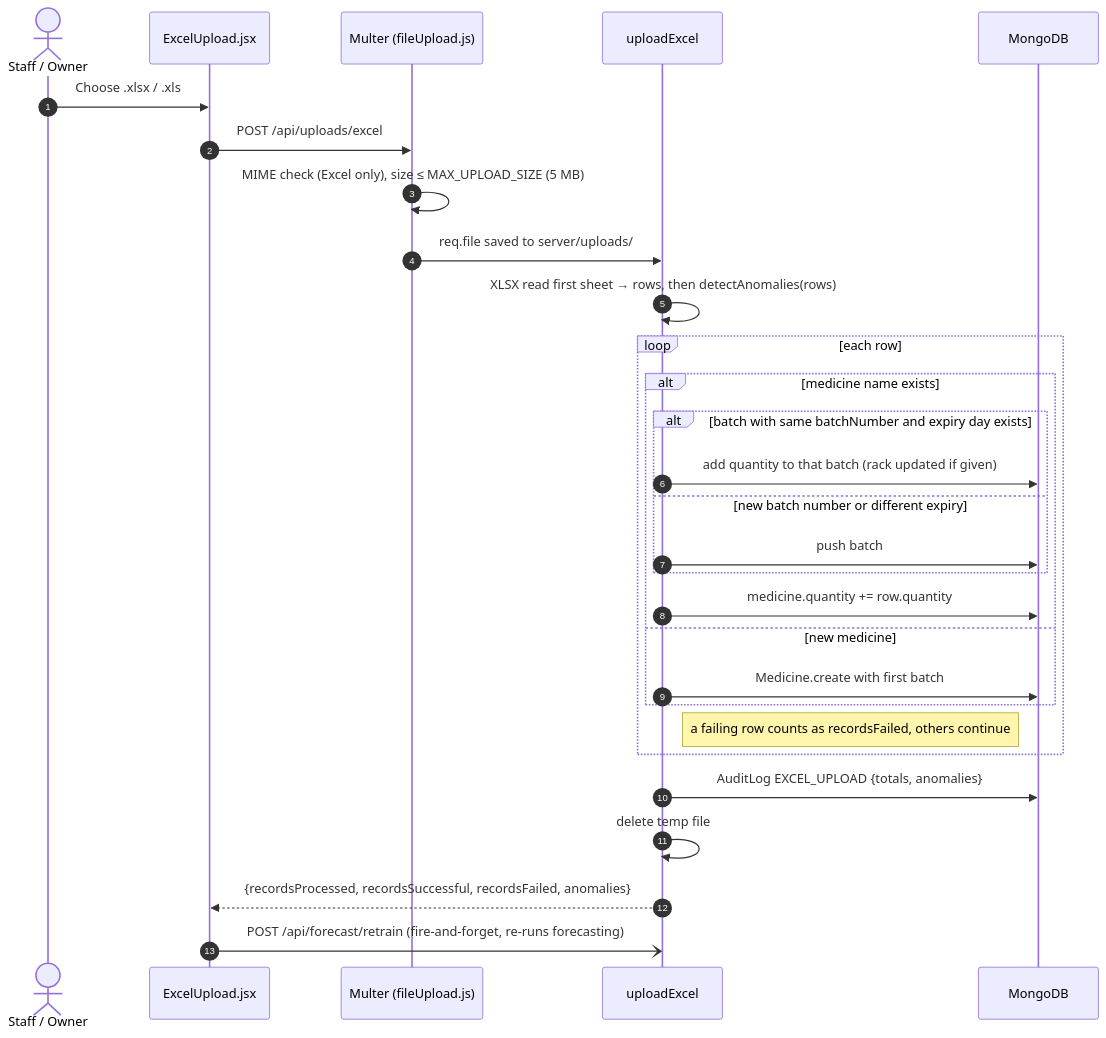
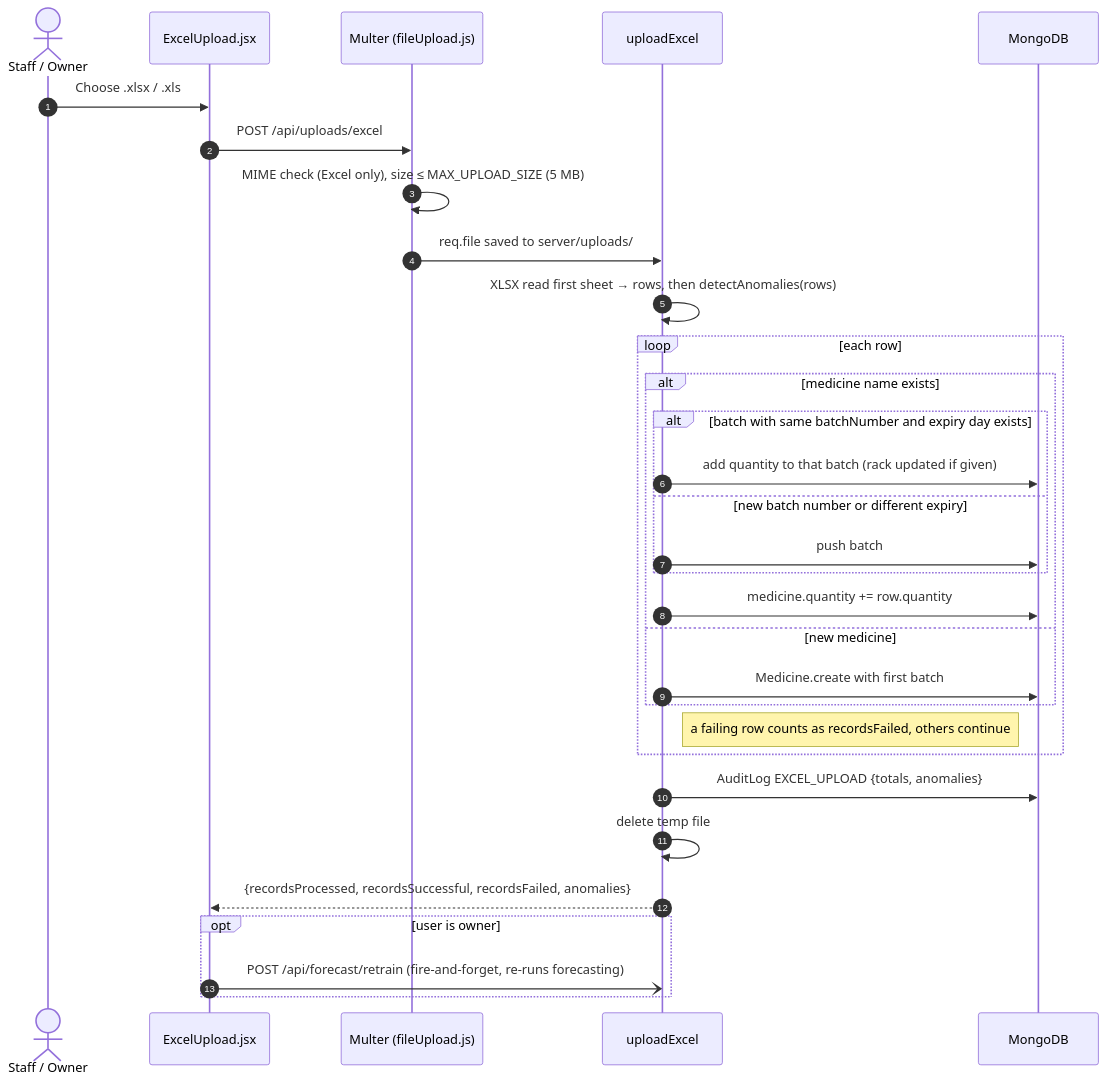
The fourth of 5 diagrams in docs/core-flows.md (USER1043/MediStock_AI), drawn with Mermaid before and after one commit. The commit also changed other lines of this file and 8 other files, not shown here.

First line of the commit message:
fix(forecast): make retrain owner-only and skip it for staff imports

````diff
--- a/docs/core-flows.md
+++ b/docs/core-flows.md
@@ -177,32 +177,34 @@
 ```mermaid
 sequenceDiagram
     autonumber
     actor S as Staff / Owner
     participant UI as ExcelUpload.jsx
     participant M as Multer (fileUpload.js)
     participant API as uploadExcel
     participant DB as MongoDB
 
     S->>UI: Choose .xlsx / .xls
     UI->>M: POST /api/uploads/excel
     M->>M: MIME check (Excel only), size ≤ MAX_UPLOAD_SIZE (5 MB)
     M->>API: req.file saved to server/uploads/
     API->>API: XLSX read first sheet → rows, then detectAnomalies(rows)
     loop each row
         alt medicine name exists
             alt batch with same batchNumber and expiry day exists
                 API->>DB: add quantity to that batch (rack updated if given)
             else new batch number or different expiry
                 API->>DB: push batch
             end
             API->>DB: medicine.quantity += row.quantity
         else new medicine
             API->>DB: Medicine.create with first batch
         end
         Note right of API: a failing row counts as recordsFailed, others continue
     end
     API->>DB: AuditLog EXCEL_UPLOAD {totals, anomalies}
     API->>API: delete temp file
     API-->>UI: {recordsProcessed, recordsSuccessful, recordsFailed, anomalies}
-    UI-)API: POST /api/forecast/retrain (fire-and-forget, re-runs forecasting)
+    opt user is owner
+        UI-)API: POST /api/forecast/retrain (fire-and-forget, re-runs forecasting)
+    end
 ```
````
